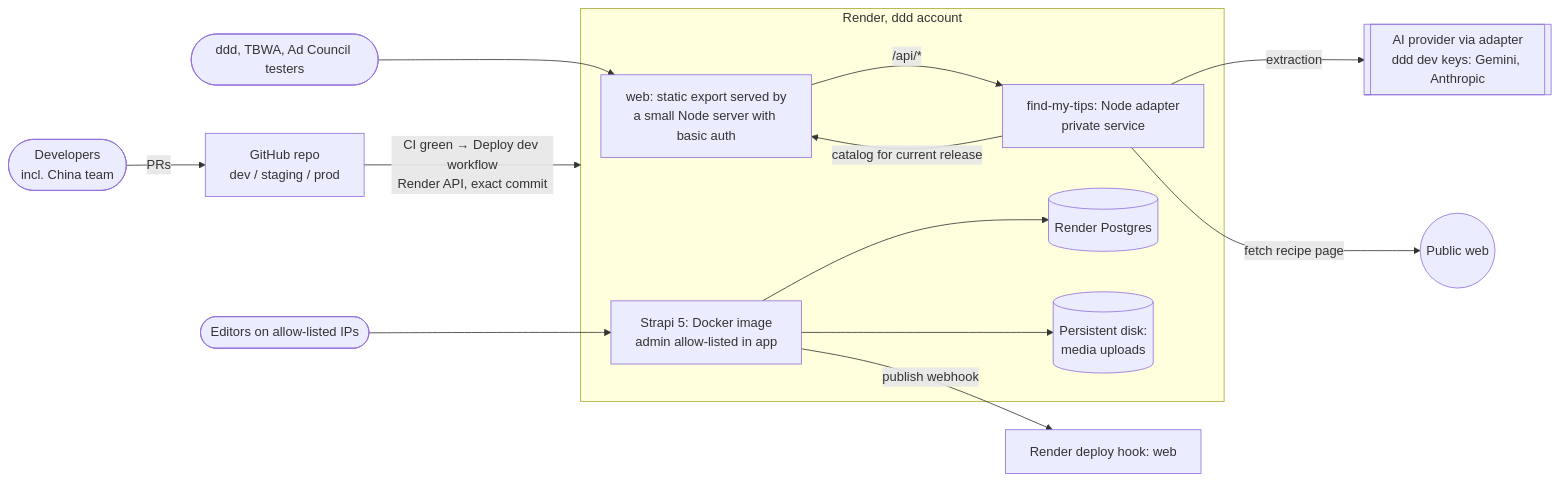
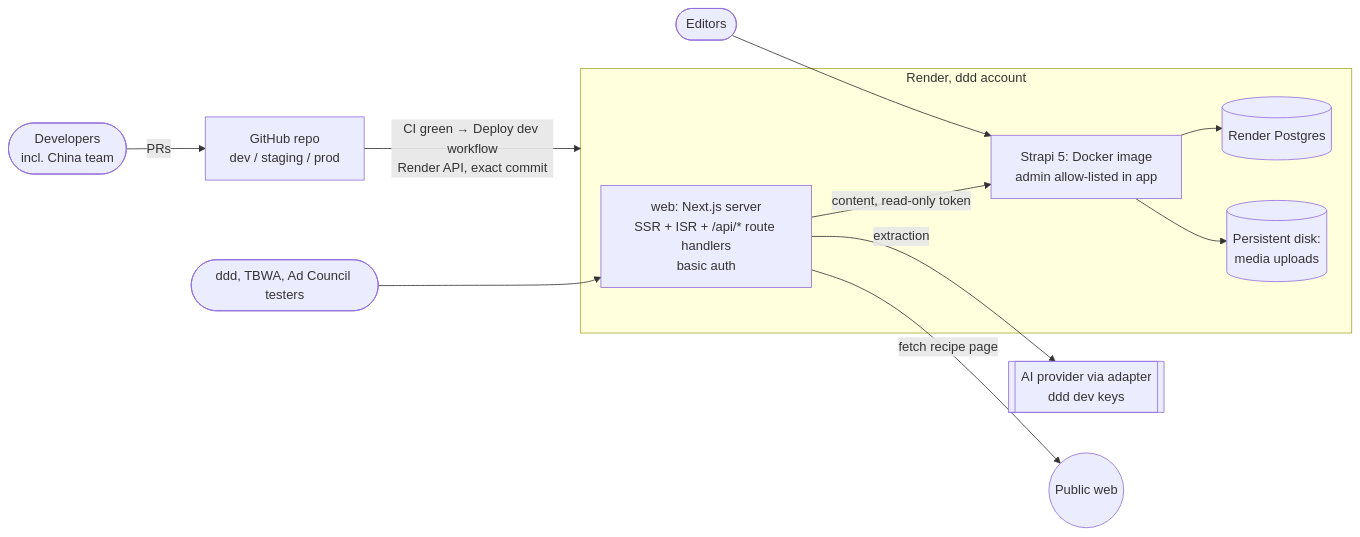
The first of 6 diagrams in docs/TDD.md (hancock01919sh/llf), drawn with Mermaid before and after one commit. The commit also changed other lines of this file and 6 other files, not shown here.

First line of the commit message:
docs: containers on ECS Fargate, server-rendered Next.js, no Lambda (D36)

````diff
--- a/docs/TDD.md
+++ b/docs/TDD.md
@@ -238,21 +243,18 @@
 ```mermaid
 flowchart LR
   devs([Developers<br/>incl. China team]) -->|PRs| gh[GitHub repo<br/>dev / staging / prod]
   gh -->|CI green → Deploy dev workflow<br/>Render API, exact commit| render
   subgraph render[Render, ddd account]
-    web[web: static export served by<br/>a small Node server with basic auth]
-    api[find-my-tips: Node adapter<br/>private service]
+    web[web: Next.js server<br/>SSR + ISR + /api/* route handlers<br/>basic auth]
     cms[Strapi 5: Docker image<br/>admin allow-listed in app]
     pg[(Render Postgres)]
     disk[(Persistent disk:<br/>media uploads)]
   end
   testers([ddd, TBWA, Ad Council testers]) --> web
-  web -->|/api/*| api
-  api -->|catalog for current release| web
-  api -->|extraction| claude[[AI provider via adapter<br/>ddd dev keys: Gemini, Anthropic]]
-  api -->|fetch recipe page| www((Public web))
-  editors([Editors on allow-listed IPs]) --> cms
+  web -->|content, read-only token| cms
+  web -->|extraction| claude[[AI provider via adapter<br/>ddd dev keys]]
+  web -->|fetch recipe page| www((Public web))
+  editors([Editors]) --> cms
   cms --> pg
   cms --> disk
-  cms -->|publish webhook| hook[Render deploy hook: web]
 ```
````
